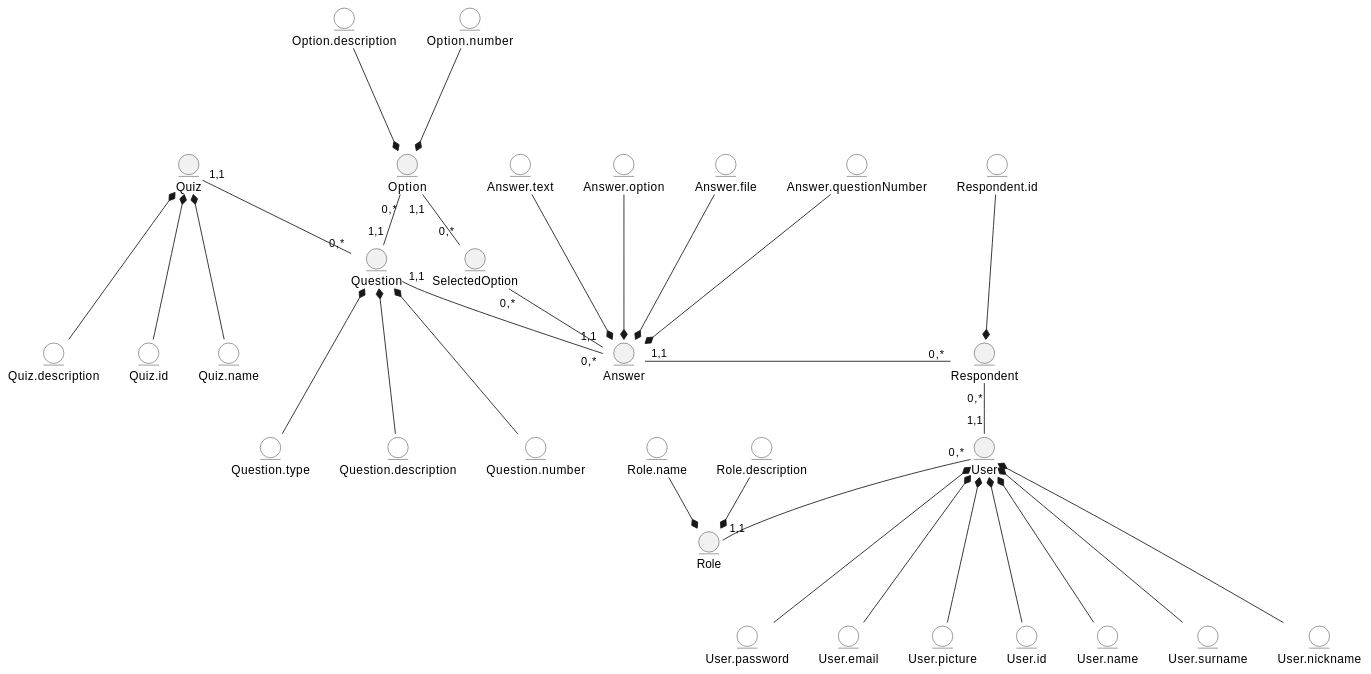
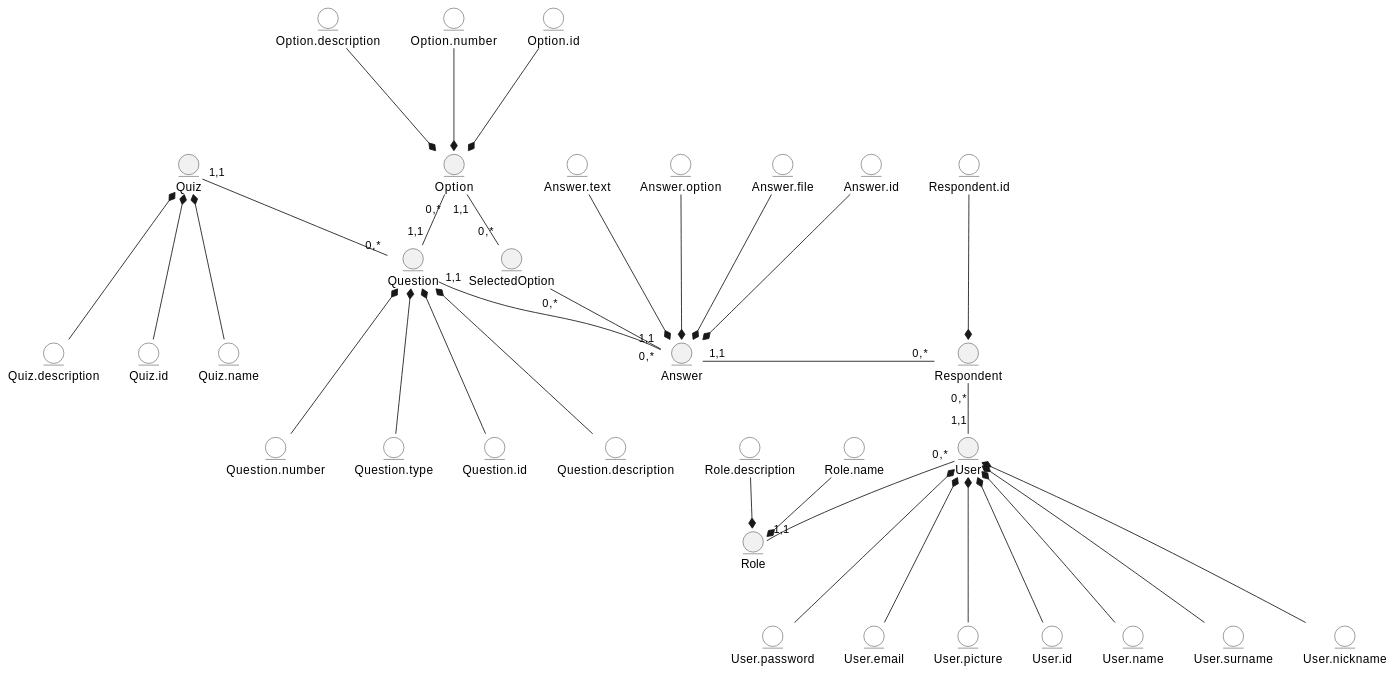
The diagram in docs/design/README.md (edu-db/edu_db_labs), drawn with PlantUML before and after one commit.

Commit message:
Add id to the entities

```diff
--- a/docs/design/README.md
+++ b/docs/design/README.md
@@ -29,6 +29,7 @@
 entity Question.description #ffffff
 entity Question.number #ffffff
 entity Question.type #ffffff
+entity Question.id #ffffff
 
 entity Role
 entity Role.name #ffffff
@@ -38,11 +39,12 @@
 entity Answer.text #ffffff
 entity Answer.option #ffffff
 entity Answer.file #ffffff
-entity Answer.questionNumber #ffffff
+entity Answer.id #ffffff
 
 entity Option
 entity Option.description #ffffff
 entity Option.number #ffffff
+entity Option.id #ffffff
 
 entity SelectedOption
 
@@ -64,6 +66,7 @@
 Question.description --u-* Question
 Question.number --u-* Question
 Question.type --u-* Question
+Question.id --u-* Question
 
 Role.description --* Role
 Role.name --* Role
@@ -71,10 +74,11 @@
 Answer.text --d-* Answer
 Answer.option --d-* Answer
 Answer.file --d-* Answer
-Answer.questionNumber --d-* Answer
+Answer.id --d-* Answer
 
 Option.description --d-* Option
 Option.number --d-* Option
+Option.id --d-* Option
 
 Respondent.id --d-* Respondent
 
```
